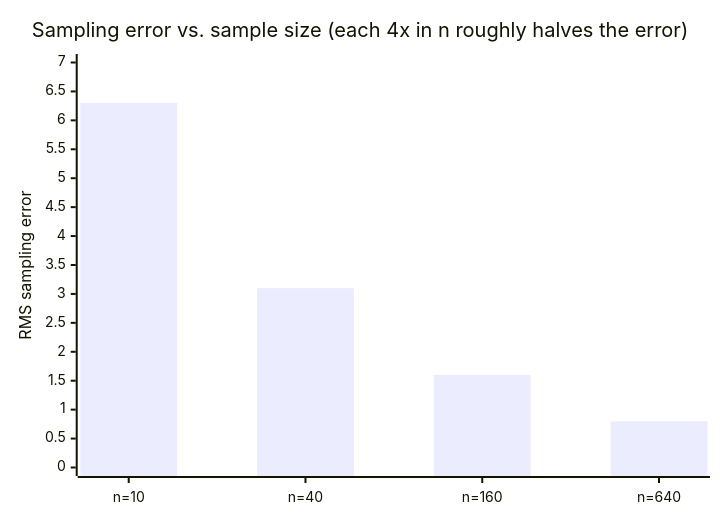
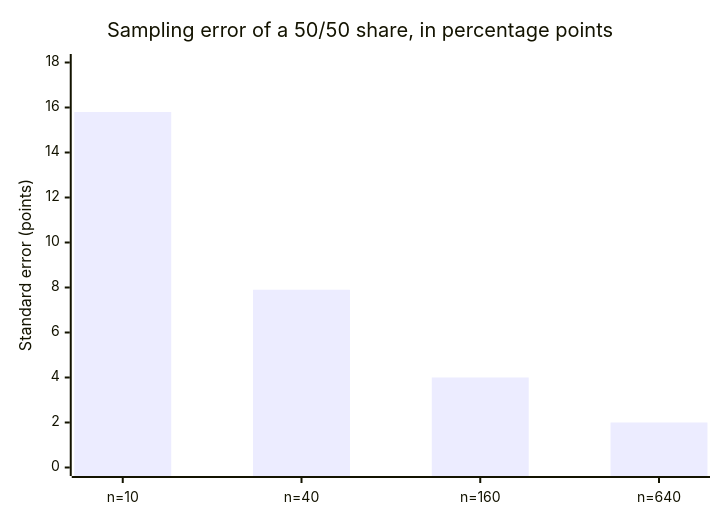
The second of 2 diagrams in src/content/applied-math/measurement-theory/L3-deep-dive.mdx (francoandreDev/knowledge), drawn with Mermaid before and after one commit. The commit also changed other lines of this file and 3 other files, not shown here.

````diff
--- a/src/content/applied-math/measurement-theory/L3-deep-dive.mdx
+++ b/src/content/applied-math/measurement-theory/L3-deep-dive.mdx
@@ -158,7 +122,7 @@
 ```mermaid
 xychart-beta
-    title "Sampling error vs. sample size (each 4x in n roughly halves the error)"
+    title "Sampling error of a 50/50 share, in percentage points"
     x-axis ["n=10", "n=40", "n=160", "n=640"]
-    y-axis "RMS sampling error" 0 --> 7
-    bar [6.3, 3.1, 1.6, 0.8]
+    y-axis "Standard error (points)" 0 --> 18
+    bar [15.8, 7.9, 4.0, 2.0]
 ```
````
